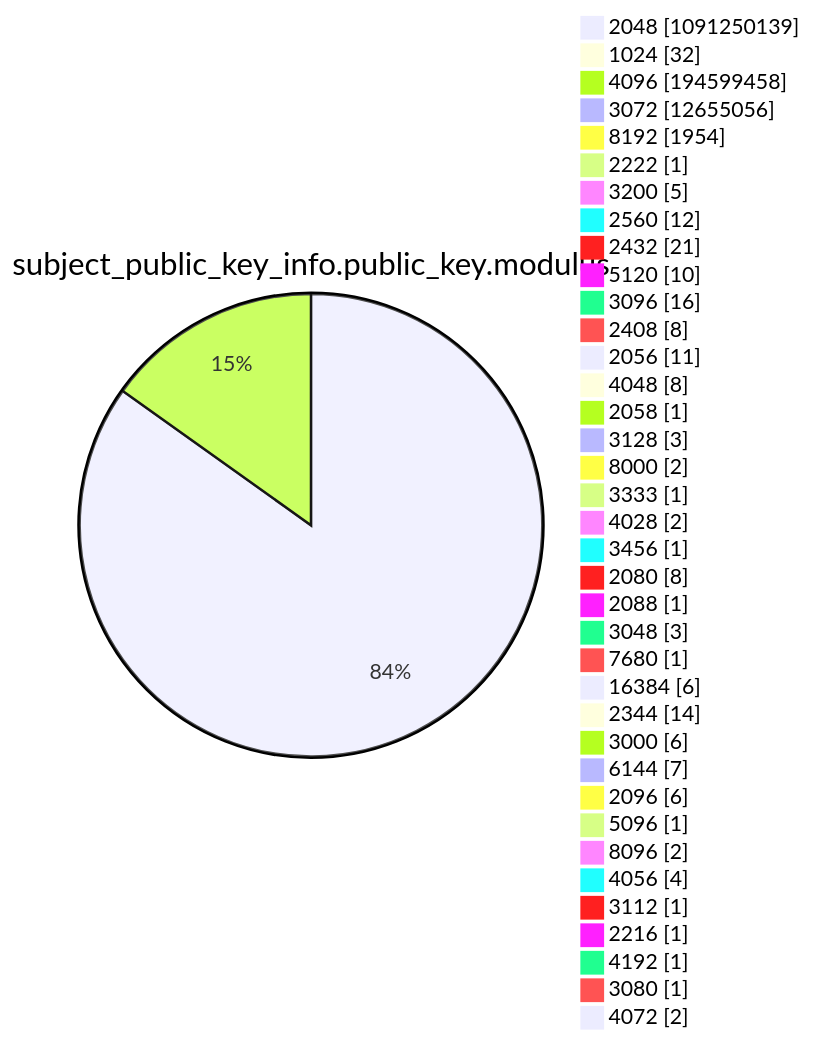
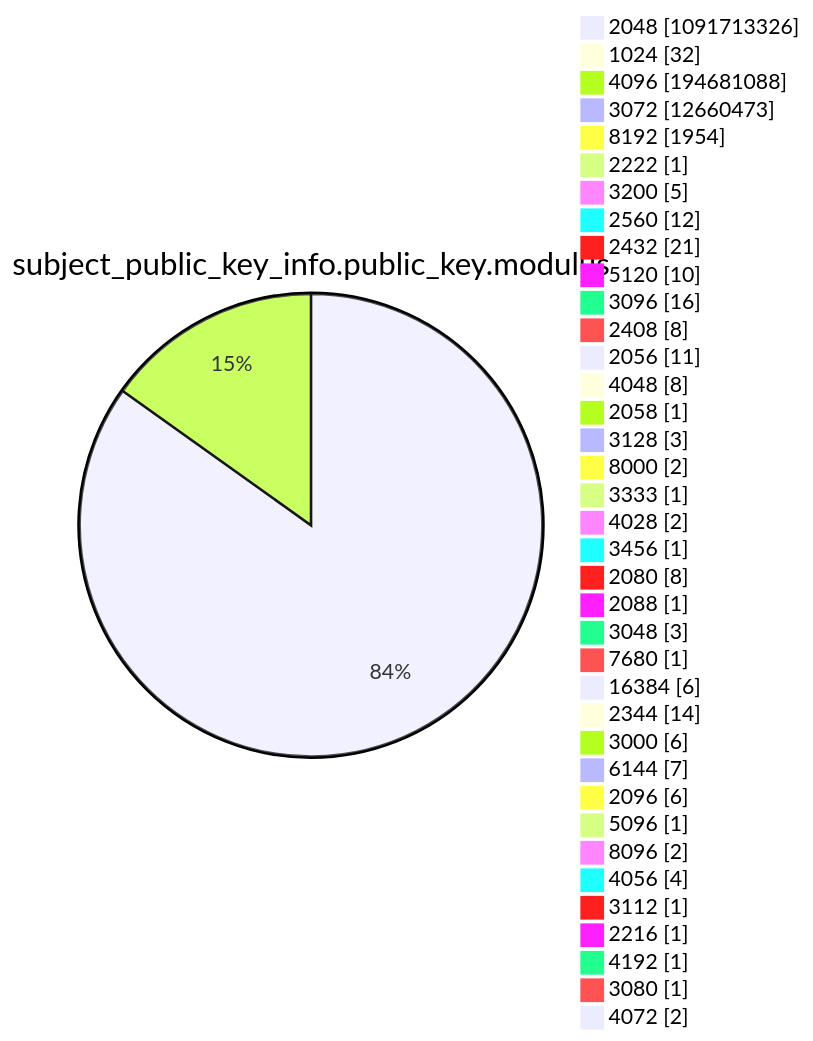
One commit to christiankrug/ctmonitor_visualization changed diagram 13 of 15 in argon2022/README.md. Above: the diagram before and after it, drawn with Mermaid. The commit also changed other lines of this file, not shown here.

````diff
--- a/argon2022/README.md
+++ b/argon2022/README.md
@@ -3589,41 +3589,41 @@
 ```mermaid
 pie showData
 title subject_public_key_info.public_key.modulus
-"2048" :1091250139
+"2048" :1091713326
 "1024" :32
-"4096" :194599458
-"3072" :12655056
+"4096" :194681088
+"3072" :12660473
 "8192" :1954
 "2222" :1
 "3200" :5
 "2560" :12
 "2432" :21
 "5120" :10
 "3096" :16
 "2408" :8
 "2056" :11
 "4048" :8
 "2058" :1
 "3128" :3
 "8000" :2
 "3333" :1
 "4028" :2
 "3456" :1
 "2080" :8
 "2088" :1
 "3048" :3
 "7680" :1
 "16384" :6
 "2344" :14
 "3000" :6
 "6144" :7
 "2096" :6
 "5096" :1
 "8096" :2
 "4056" :4
 "3112" :1
 "2216" :1
 "4192" :1
 "3080" :1
 "4072" :2
 ```
````
